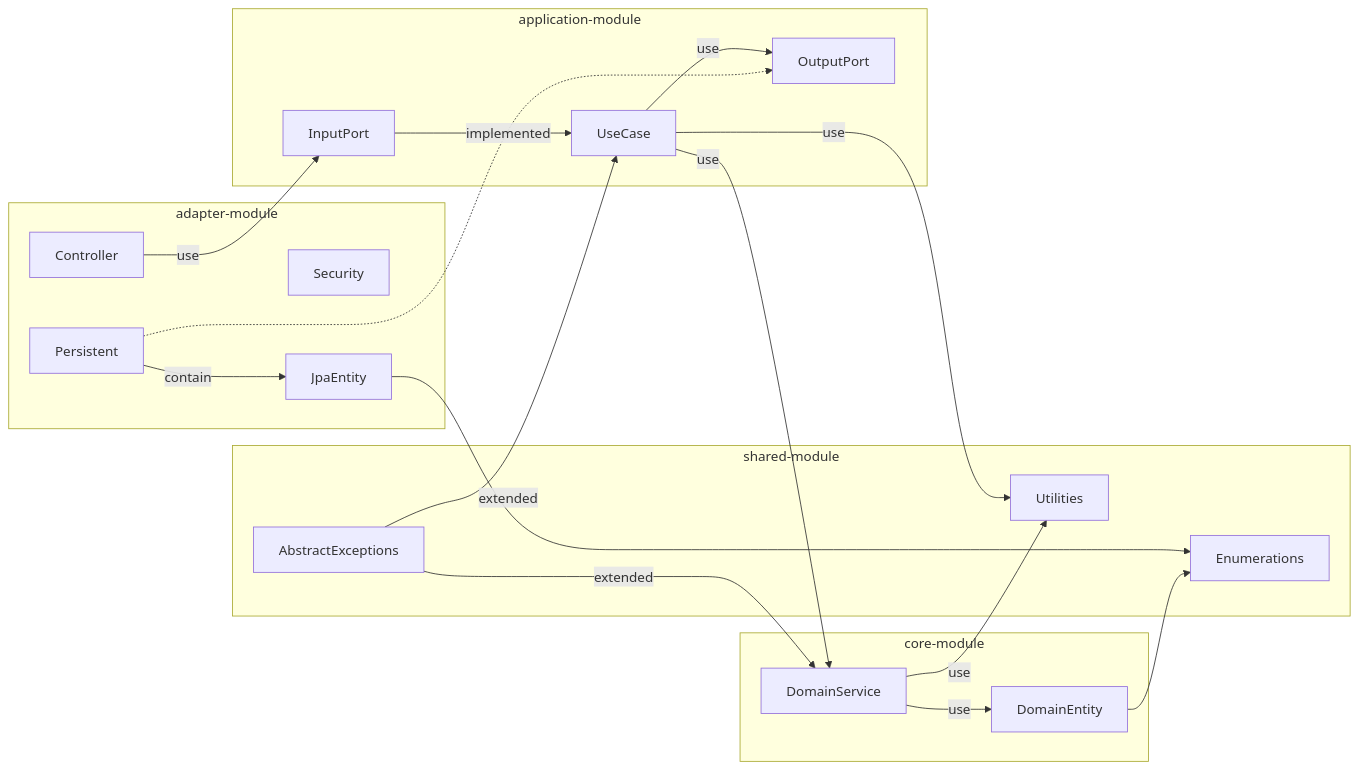
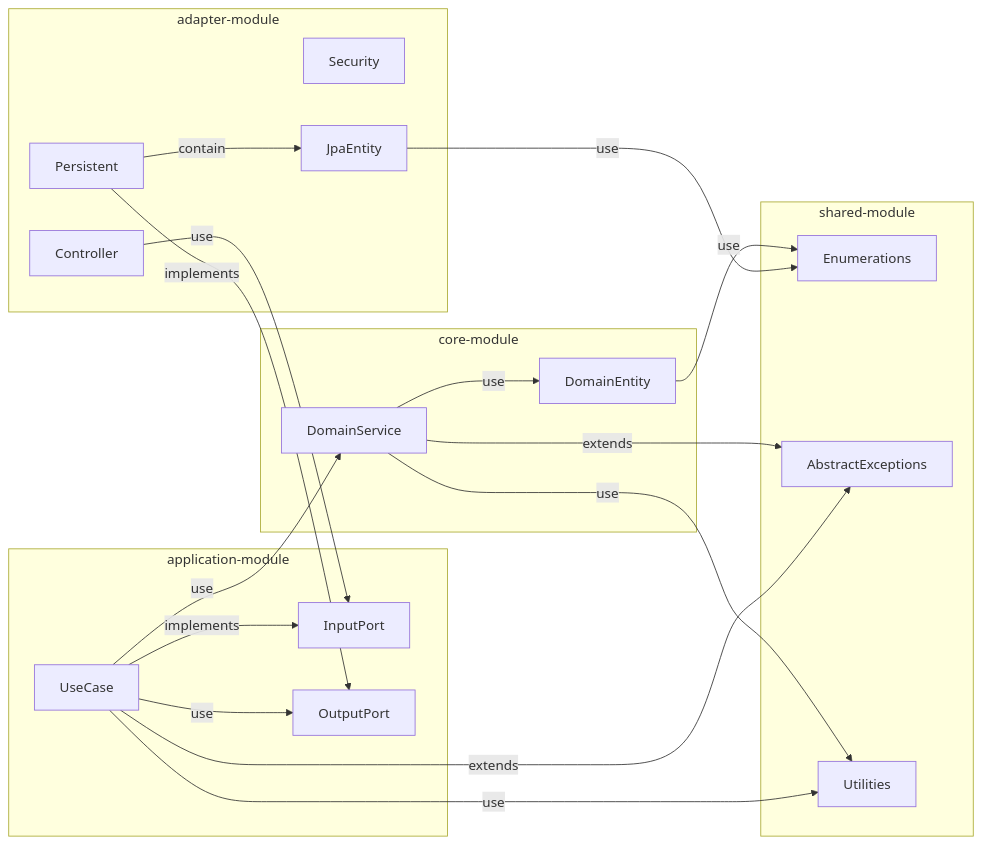
One commit to newkayak12/prototype-reservation-system changed the diagram in .github/PROJECT.md. Above: the diagram before and after it, drawn with Mermaid. The commit also changed 16 other files, not shown here.

````diff
--- a/.github/PROJECT.md
+++ b/.github/PROJECT.md
@@ -14,37 +14,39 @@
 ```mermaid
 graph LR
     subgraph adapter-module
         Controller
         Security
         Persistent
         JpaEntity
     end
     subgraph application-module
         InputPort
         OutputPort
         UseCase
     end
     subgraph core-module
         DomainEntity
         DomainService
     end
     subgraph shared-module
         Enumerations
         AbstractExceptions
         Utilities
     end
 
-    Controller -- use --> InputPort
-    InputPort -- implemented --> UseCase
-    UseCase -- use --> DomainService
-    DomainService -- use --> DomainEntity
-    UseCase -- use --> OutputPort
-    Persistent -.-> OutputPort
-    UseCase -- use --> Utilities
-    DomainService -- use --> Utilities
-    JpaEntity --> Enumerations
-    DomainEntity --> Enumerations
-    Persistent -- contain --> JpaEntity
-    AbstractExceptions -- extended --> DomainService
-    AbstractExceptions -- extended --> UseCase
+    Controller -->|use| InputPort
+    UseCase -->|use| DomainService
+    DomainService -->|use| DomainEntity
+    UseCase -->|use| OutputPort
+    UseCase -->|use| Utilities
+    DomainService -->|use| Utilities
+    JpaEntity -->|use| Enumerations
+    DomainEntity -->|use| Enumerations
+    
+    UseCase -->|implements| InputPort
+    Persistent -->|implements| OutputPort
+    Persistent -->|contain| JpaEntity
+    
+    UseCase -->|extends| AbstractExceptions
+    DomainService -->|extends| AbstractExceptions
 ```
````
